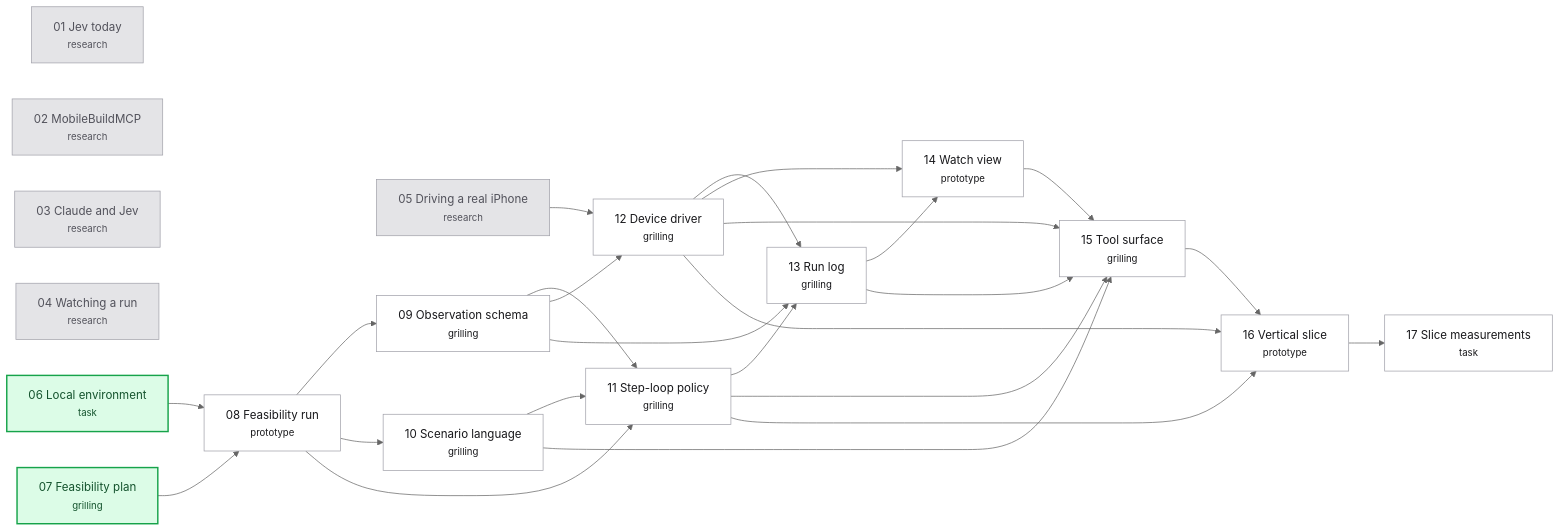
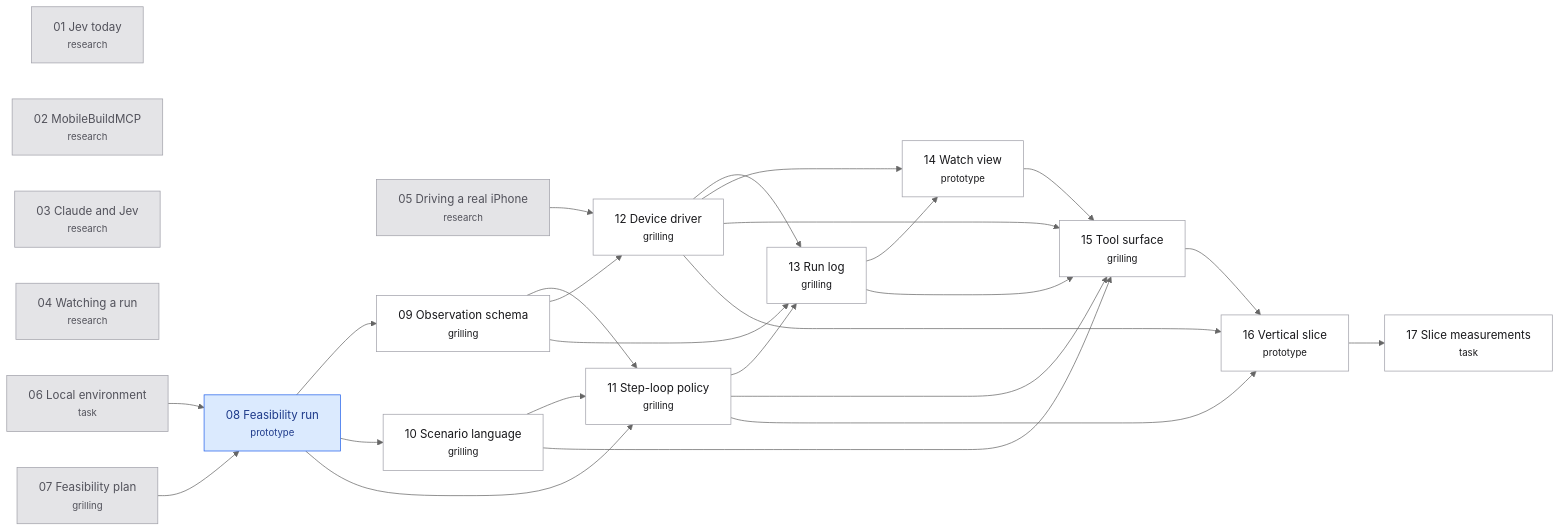
Before and after one commit to hugues-vnsgn/jev-ios-bridge: the diagram in .scratch/jev-ios-bridge/map.md, drawn with Mermaid (neutral theme). The commit also changed other lines of this file and 41 other files, not shown here.

````diff
--- a/.scratch/jev-ios-bridge/map.md
+++ b/.scratch/jev-ios-bridge/map.md
@@ -43,50 +47,50 @@
 ```mermaid
 flowchart LR
     T01["01 Jev today<br/><small>research</small>"]
     T02["02 MobileBuildMCP<br/><small>research</small>"]
     T03["03 Claude and Jev<br/><small>research</small>"]
     T04["04 Watching a run<br/><small>research</small>"]
     T05["05 Driving a real iPhone<br/><small>research</small>"]
     T06["06 Local environment<br/><small>task</small>"]
     T07["07 Feasibility plan<br/><small>grilling</small>"]
     T08["08 Feasibility run<br/><small>prototype</small>"]
     T09["09 Observation schema<br/><small>grilling</small>"]
     T10["10 Scenario language<br/><small>grilling</small>"]
     T11["11 Step-loop policy<br/><small>grilling</small>"]
     T12["12 Device driver<br/><small>grilling</small>"]
     T13["13 Run log<br/><small>grilling</small>"]
     T14["14 Watch view<br/><small>prototype</small>"]
     T15["15 Tool surface<br/><small>grilling</small>"]
     T16["16 Vertical slice<br/><small>prototype</small>"]
     T17["17 Slice measurements<br/><small>task</small>"]
     T06 --> T08
     T07 --> T08
     T08 --> T09
     T08 --> T10
     T08 --> T11
     T09 --> T11
     T10 --> T11
     T05 --> T12
     T09 --> T12
     T09 --> T13
     T11 --> T13
     T12 --> T13
     T12 --> T14
     T13 --> T14
     T10 --> T15
     T11 --> T15
     T12 --> T15
     T13 --> T15
     T14 --> T15
     T11 --> T16
     T12 --> T16
     T15 --> T16
     T16 --> T17
     classDef resolved fill:#e4e4e7,stroke:#a1a1aa,color:#52525b
     classDef claimed fill:#dbeafe,stroke:#2563eb,color:#1e3a8a
     classDef frontier fill:#dcfce7,stroke:#16a34a,color:#14532d,stroke-width:2px
     classDef blocked fill:#ffffff,stroke:#a1a1aa,color:#18181b
-    class T01,T02,T03,T04,T05 resolved
-    class T06,T07 frontier
-    class T08,T09,T10,T11,T12,T13,T14,T15,T16,T17 blocked
+    class T01,T02,T03,T04,T05,T06,T07 resolved
+    class T08 claimed
+    class T09,T10,T11,T12,T13,T14,T15,T16,T17 blocked
 ```
````
